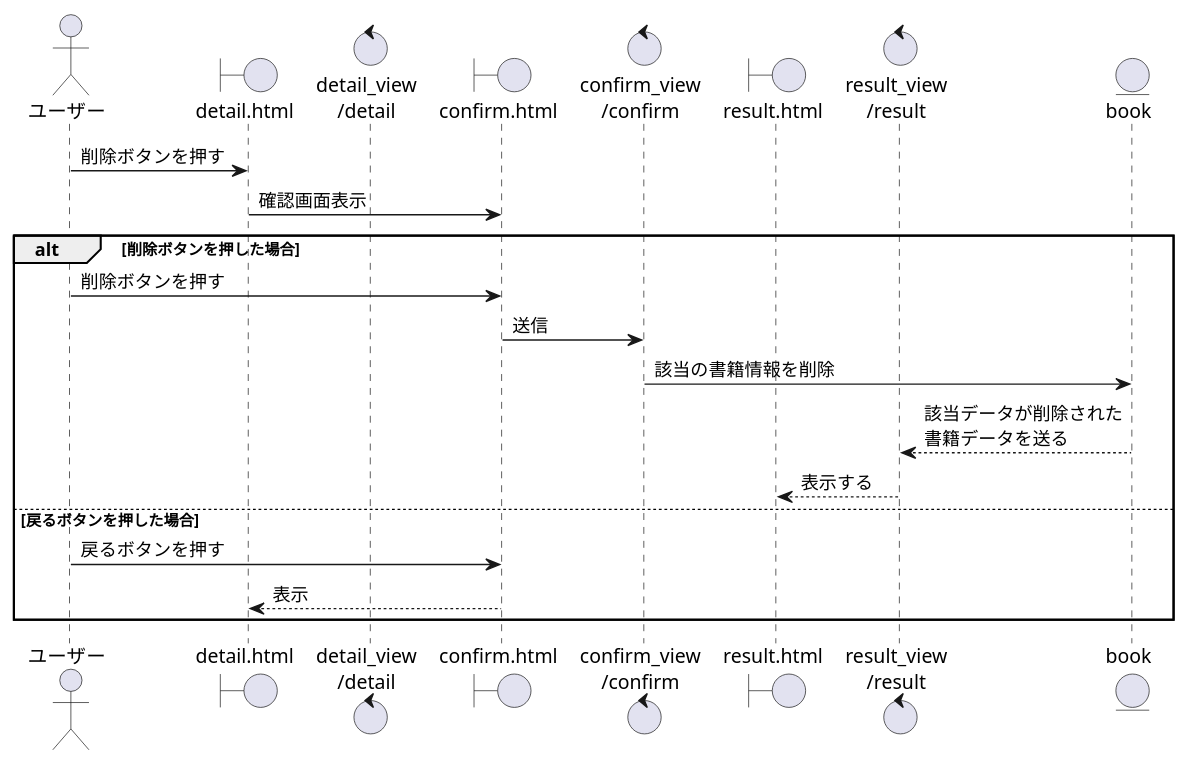
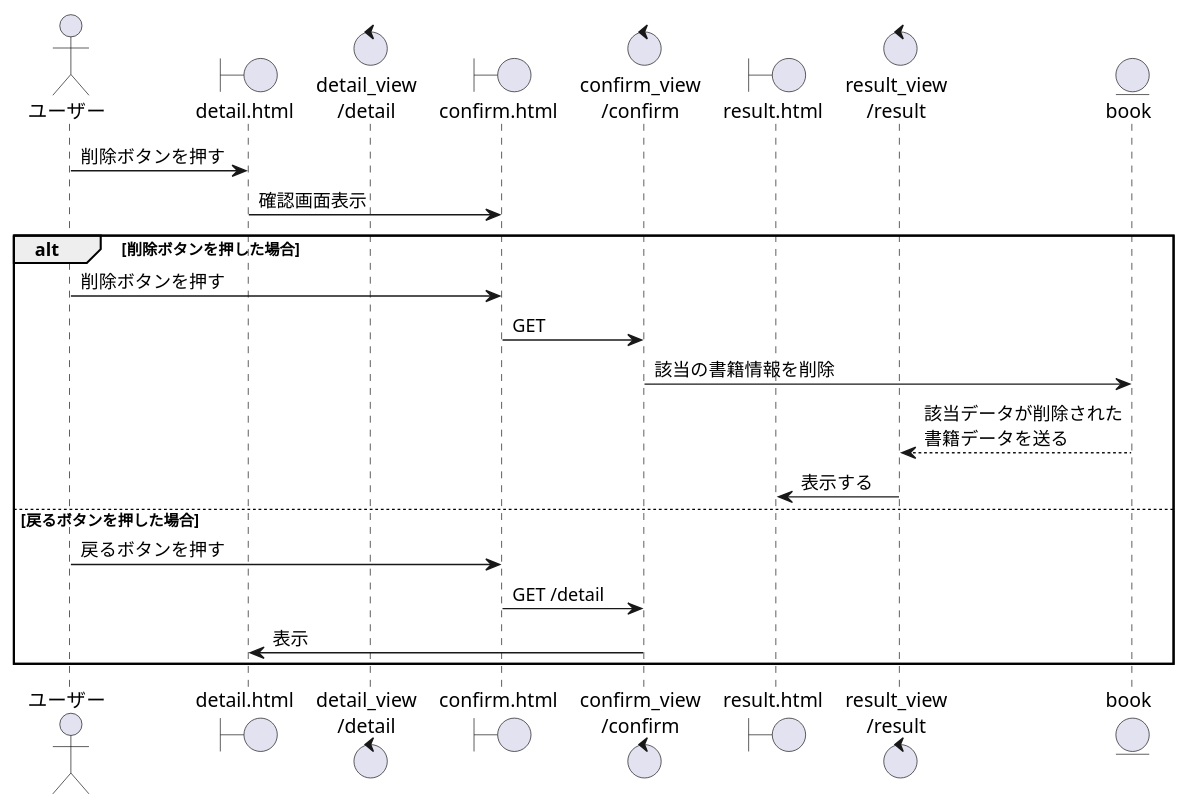
One commit to RK0309-art/gith_full_course changed the seventh of 14 diagrams in シーケンス図_書籍検索システム_django.puml. Above: the diagram before and after it, drawn with PlantUML. The commit also changed other lines of this file, not shown here.

Commit message:
たくさんシーケンス図ついか

```diff
--- a/シーケンス図_書籍検索システム_django.puml
+++ b/シーケンス図_書籍検索システム_django.puml
@@ -112,23 +112,24 @@
 @startuml 書籍を削除する
 actor ユーザー as U
 boundary "detail.html" as DH
 control "detail_view\n/detail" as DV
 boundary "confirm.html" as CH
 control "confirm_view\n/confirm" as CV
 boundary "result.html" as RH
 control "result_view\n/result" as RV
 entity "book" as B
 U -> DH :削除ボタンを押す
 DH -> CH :確認画面表示
 alt 削除ボタンを押した場合
 U -> CH : 削除ボタンを押す
-CH -> CV :送信
+CH -> CV :GET
 CV -> B : 該当の書籍情報を削除
 B --> RV : 該当データが削除された\n書籍データを送る
-RV --> RH :表示する
+RV -> RH :表示する
 else 戻るボタンを押した場合
 U -> CH :戻るボタンを押す
-CH --> DH : 表示
+CH -> CV :GET /detail
+CV -> DH : 表示
 end
 
 @enduml
```
